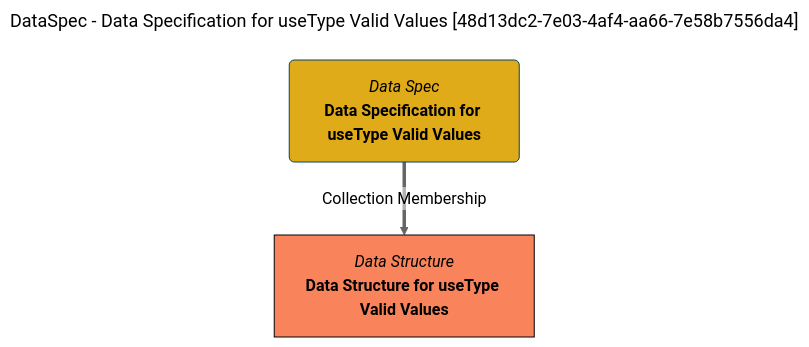
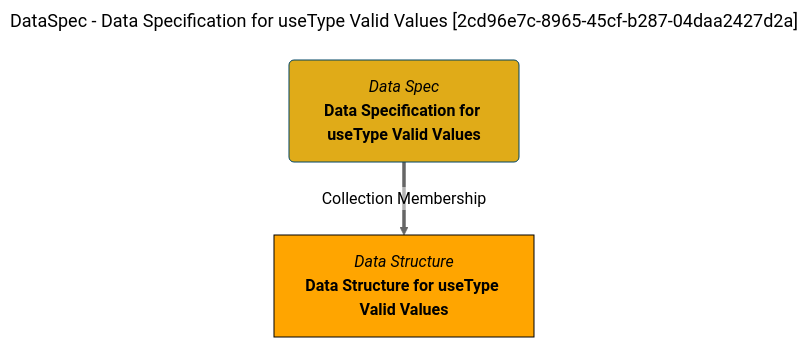
The diagram in site/snippets/collections/data-specs/data-specification-for-usetype-valid-values-mermaid-graph.md (odpi/egeria-docs), drawn with Mermaid (neutral theme) before and after one commit. The commit also changed 2201 other files, not shown here.

````diff
--- a/site/snippets/collections/data-specs/data-specification-for-usetype-valid-values-mermaid-graph.md
+++ b/site/snippets/collections/data-specs/data-specification-for-usetype-valid-values-mermaid-graph.md
@@ -1,15 +1,15 @@
 ```mermaid
 ---
-title: DataSpec - Data Specification for useType Valid Values [48d13dc2-7e03-4af4-aa66-7e58b7556da4]
+title: DataSpec - Data Specification for useType Valid Values [2cd96e7c-8965-45cf-b287-04daa2427d2a]
 ---
 flowchart TD
 %%{init: {"flowchart": {"htmlLabels": false}} }%%
 
 1@{ shape: rounded, label: "*Data Spec*
 **Data Specification for useType Valid Values**"}
 2@{ shape: rect, label: "*Data Structure*
 **Data Structure for useType Valid Values**"}
 1==>|"Collection Membership"|2
 style 1 color:#000000, fill:#e0ab18, stroke:#004563
-style 2 color:#000000, fill:#f9845b, stroke:#000000
+style 2 color:#000000, fill:#FFA500, stroke:#000000
 ```
````
